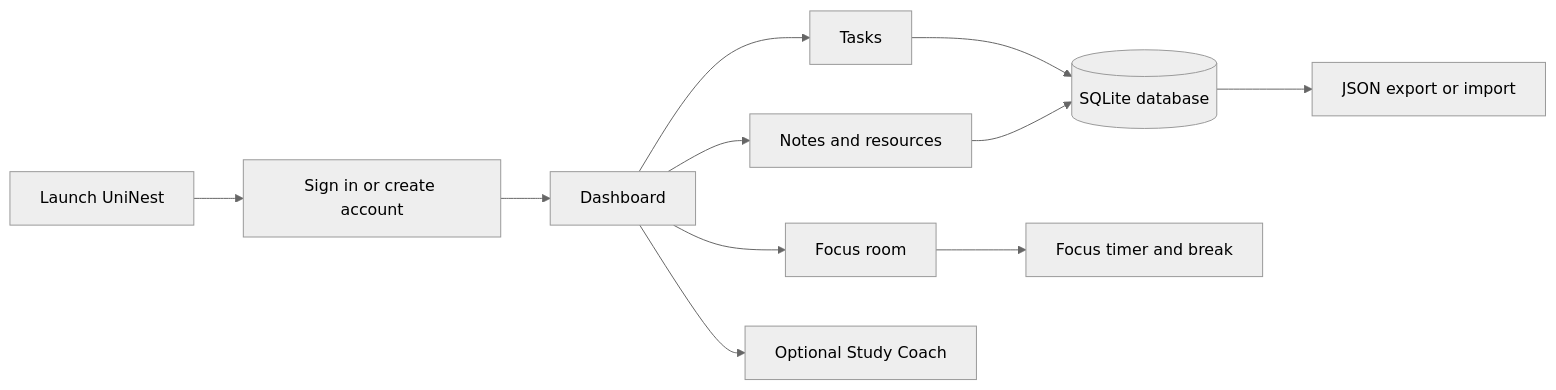
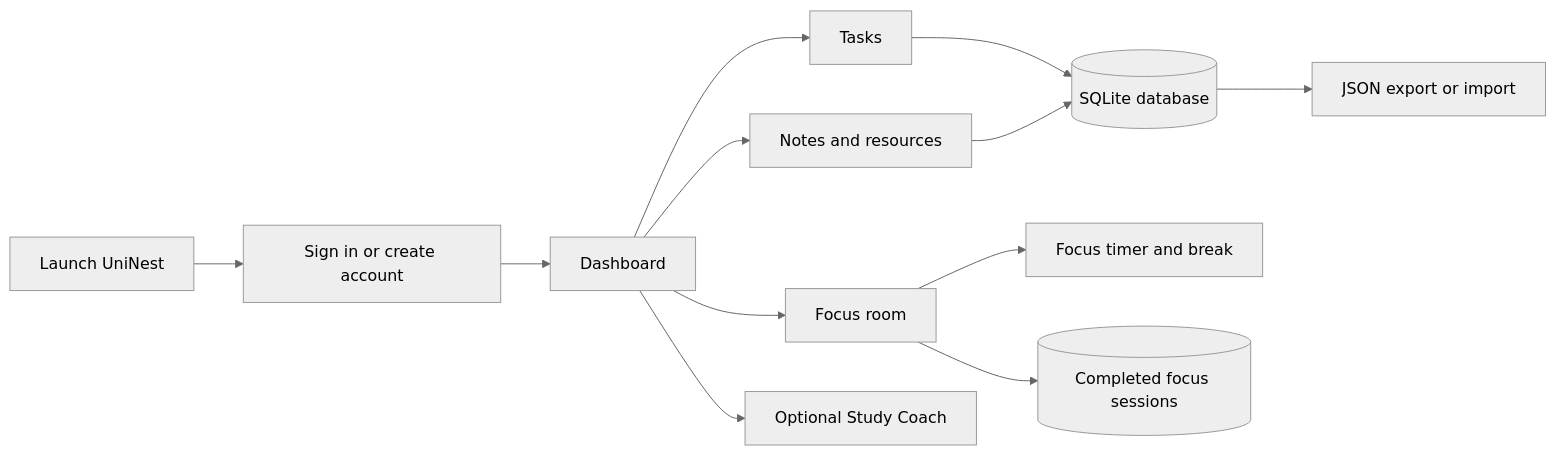
One commit to bazsayyad/Personal-Study-Planner changed the diagram in README.md. Above: the diagram before and after it, drawn with Mermaid (neutral theme). The commit also changed other lines of this file and 7 other files, not shown here.

````diff
--- a/README.md
+++ b/README.md
@@ -50,13 +66,14 @@
 ```mermaid
 flowchart LR
     A[Launch UniNest] --> B[Sign in or create account]
     B --> C[Dashboard]
     C --> D[Tasks]
     C --> E[Notes and resources]
     C --> F[Focus room]
     D --> G[(SQLite database)]
     E --> G
     F --> H[Focus timer and break]
+    F --> K[(Completed focus sessions)]
     C --> I[Optional Study Coach]
     G --> J[JSON export or import]
 ```
````
